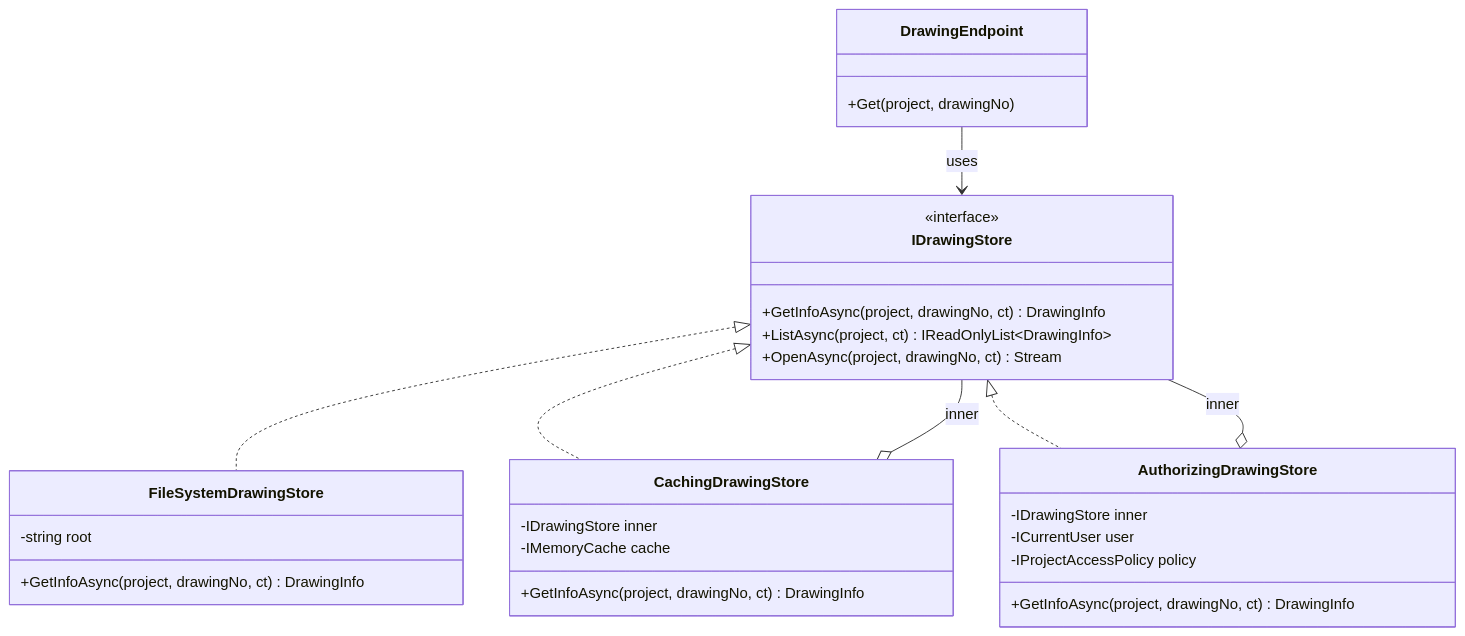
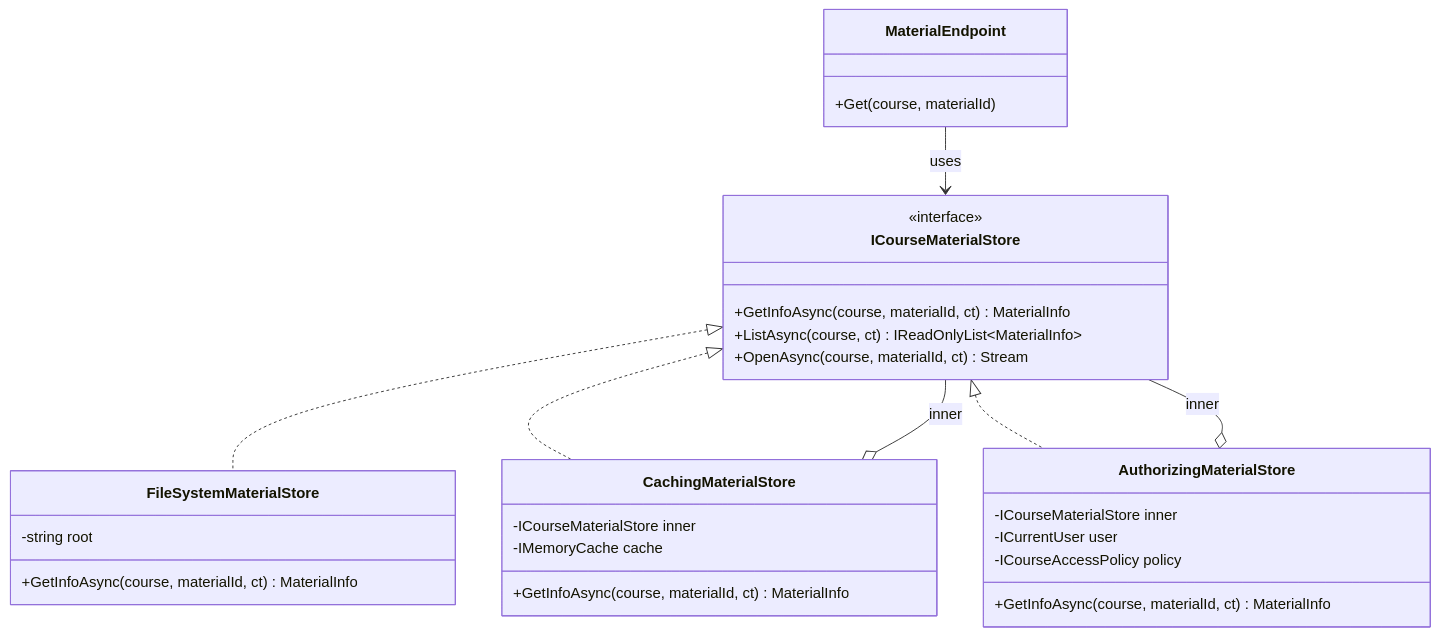
One commit to rizwi0786/system-design-lab changed the first of 3 diagrams in content/lessons/m06/m06-proxy.md. Above: the diagram before and after it, drawn with Mermaid. The commit also changed other lines of this file and 334 other files, not shown here.

````diff
--- a/content/lessons/m06/m06-proxy.md
+++ b/content/lessons/m06/m06-proxy.md
@@ -147,33 +147,33 @@
 ```mermaid
 classDiagram
-    class IDrawingStore {
+    class ICourseMaterialStore {
         <<interface>>
-        +GetInfoAsync(project, drawingNo, ct) DrawingInfo
-        +ListAsync(project, ct) IReadOnlyList~DrawingInfo~
-        +OpenAsync(project, drawingNo, ct) Stream
+        +GetInfoAsync(course, materialId, ct) MaterialInfo
+        +ListAsync(course, ct) IReadOnlyList~MaterialInfo~
+        +OpenAsync(course, materialId, ct) Stream
     }
-    class FileSystemDrawingStore {
+    class FileSystemMaterialStore {
         -string root
-        +GetInfoAsync(project, drawingNo, ct) DrawingInfo
+        +GetInfoAsync(course, materialId, ct) MaterialInfo
     }
-    class CachingDrawingStore {
-        -IDrawingStore inner
+    class CachingMaterialStore {
+        -ICourseMaterialStore inner
         -IMemoryCache cache
-        +GetInfoAsync(project, drawingNo, ct) DrawingInfo
+        +GetInfoAsync(course, materialId, ct) MaterialInfo
     }
-    class AuthorizingDrawingStore {
-        -IDrawingStore inner
+    class AuthorizingMaterialStore {
+        -ICourseMaterialStore inner
         -ICurrentUser user
-        -IProjectAccessPolicy policy
-        +GetInfoAsync(project, drawingNo, ct) DrawingInfo
+        -ICourseAccessPolicy policy
+        +GetInfoAsync(course, materialId, ct) MaterialInfo
     }
-    class DrawingEndpoint {
-        +Get(project, drawingNo)
+    class MaterialEndpoint {
+        +Get(course, materialId)
     }
-    IDrawingStore <|.. FileSystemDrawingStore
-    IDrawingStore <|.. CachingDrawingStore
-    IDrawingStore <|.. AuthorizingDrawingStore
-    CachingDrawingStore o-- IDrawingStore : inner
-    AuthorizingDrawingStore o-- IDrawingStore : inner
-    DrawingEndpoint --> IDrawingStore : uses
+    ICourseMaterialStore <|.. FileSystemMaterialStore
+    ICourseMaterialStore <|.. CachingMaterialStore
+    ICourseMaterialStore <|.. AuthorizingMaterialStore
+    CachingMaterialStore o-- ICourseMaterialStore : inner
+    AuthorizingMaterialStore o-- ICourseMaterialStore : inner
+    MaterialEndpoint --> ICourseMaterialStore : uses
 ```
````
